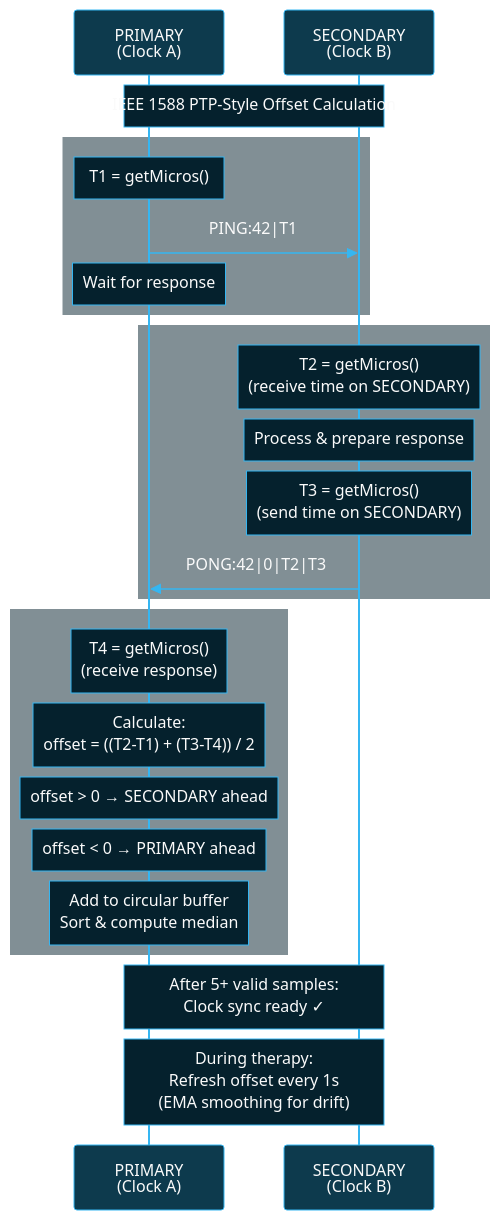
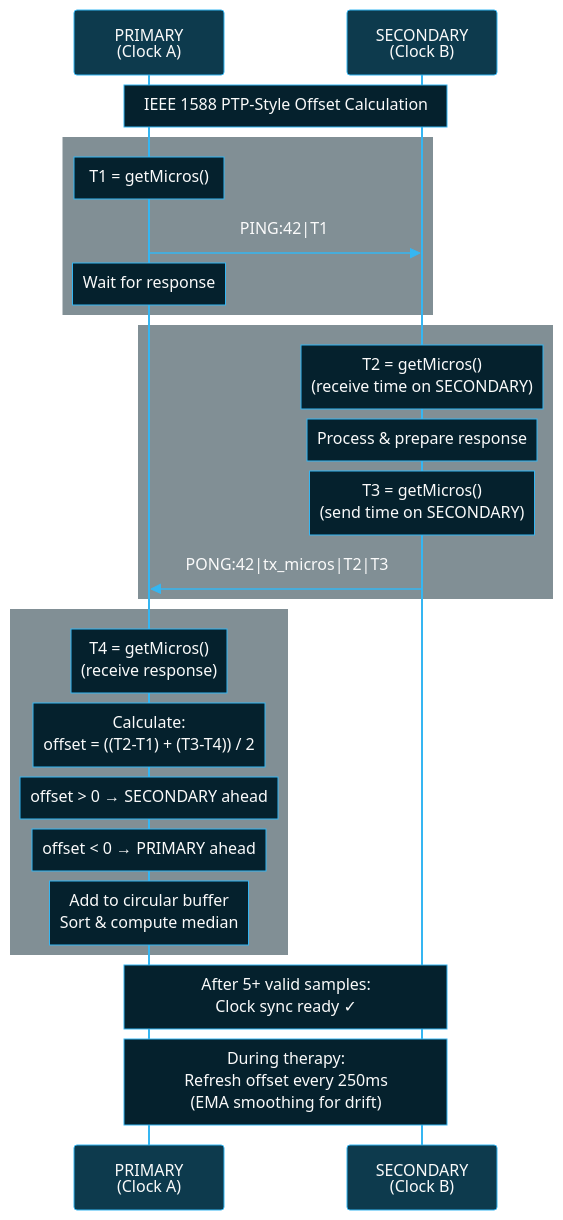
One commit to BlueBuzzah/BlueBuzzah-Firmware changed the fourth of 11 diagrams in docs/THERAPY_SESSION_FLOW.md. Above: the diagram before and after it, drawn with Mermaid. The commit also changed other lines of this file and 7 other files, not shown here.

````diff
--- a/docs/THERAPY_SESSION_FLOW.md
+++ b/docs/THERAPY_SESSION_FLOW.md
@@ -245,57 +245,57 @@
 ```mermaid
 %%{init: {'theme': 'base', 'themeVariables': {
   'primaryColor': '#0d3a4d',
   'primaryTextColor': '#fafafa',
   'primaryBorderColor': '#35B6F2',
   'lineColor': '#35B6F2',
   'secondaryColor': '#05212D',
   'tertiaryColor': '#0a0a0a',
   'background': '#0a0a0a',
   'actorBkg': '#0d3a4d',
   'actorBorder': '#35B6F2',
   'actorTextColor': '#fafafa',
   'actorLineColor': '#35B6F2',
   'signalColor': '#35B6F2',
   'signalTextColor': '#fafafa',
   'labelBoxBkgColor': '#05212D',
   'labelBoxBorderColor': '#35B6F2',
   'labelTextColor': '#fafafa',
   'loopTextColor': '#fafafa',
   'noteBkgColor': '#05212D',
   'noteBorderColor': '#35B6F2',
   'noteTextColor': '#fafafa',
   'activationBkgColor': '#0d3a4d',
   'activationBorderColor': '#35B6F2',
   'sequenceNumberColor': '#fafafa'
 }}}%%
 sequenceDiagram
     participant P as PRIMARY<br/>(Clock A)
     participant S as SECONDARY<br/>(Clock B)
 
     Note over P,S: IEEE 1588 PTP-Style Offset Calculation
 
     rect rgba(5, 33, 45, 0.5)
         Note over P: T1 = getMicros()
         P->>S: PING:42|T1
         Note over P: Wait for response
     end
 
     rect rgba(5, 33, 45, 0.5)
         Note over S: T2 = getMicros()<br/>(receive time on SECONDARY)
         Note over S: Process & prepare response
         Note over S: T3 = getMicros()<br/>(send time on SECONDARY)
-        S->>P: PONG:42|0|T2|T3
+        S->>P: PONG:42|tx_micros|T2|T3
     end
 
     rect rgba(5, 33, 45, 0.5)
         Note over P: T4 = getMicros()<br/>(receive response)
         Note over P: Calculate:<br/>offset = ((T2-T1) + (T3-T4)) / 2
         Note over P: offset > 0 → SECONDARY ahead
         Note over P: offset < 0 → PRIMARY ahead
         Note over P: Add to circular buffer<br/>Sort & compute median
     end
 
     Note over P,S: After 5+ valid samples:<br/>Clock sync ready ✓
 
-    Note over P,S: During therapy:<br/>Refresh offset every 1s<br/>(EMA smoothing for drift)
+    Note over P,S: During therapy:<br/>Refresh offset every 250ms<br/>(EMA smoothing for drift)
 ```
````
